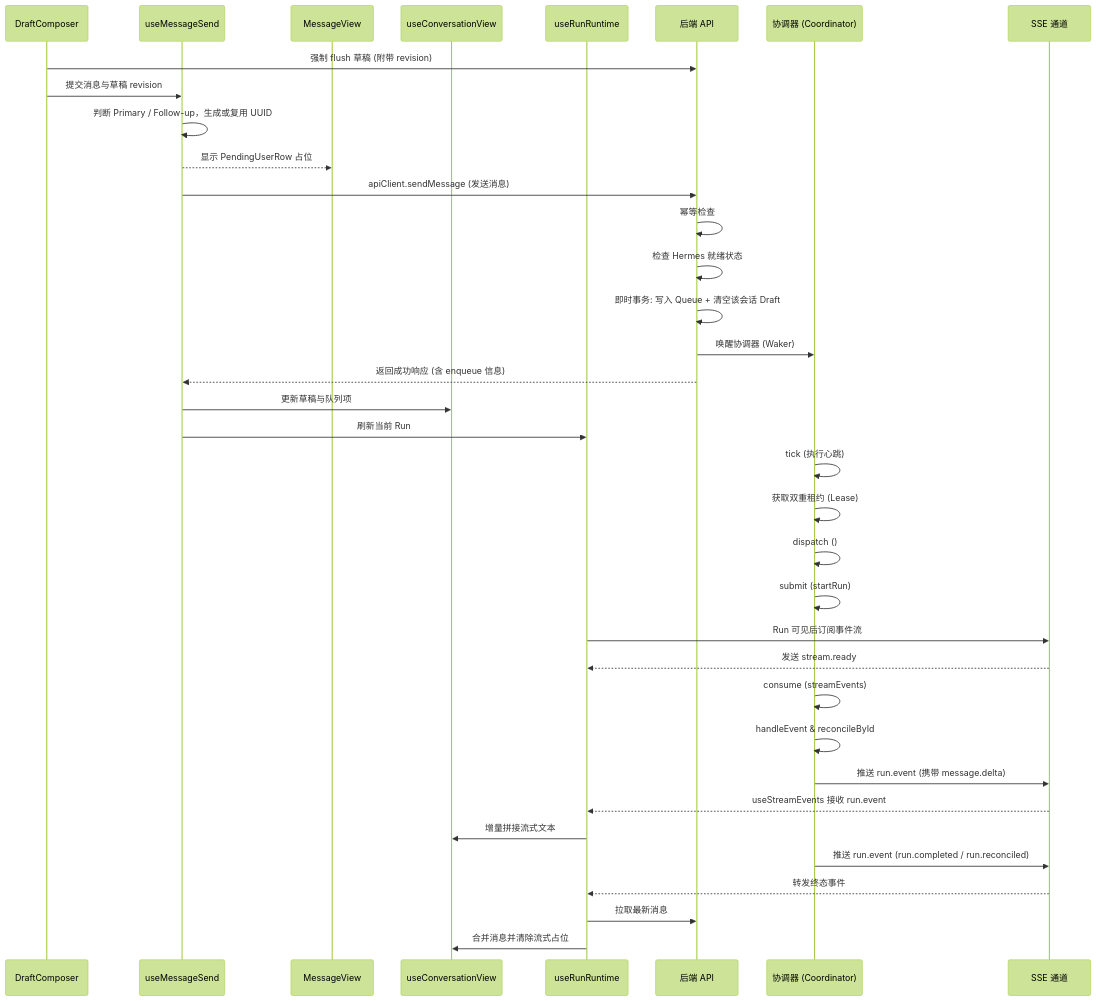
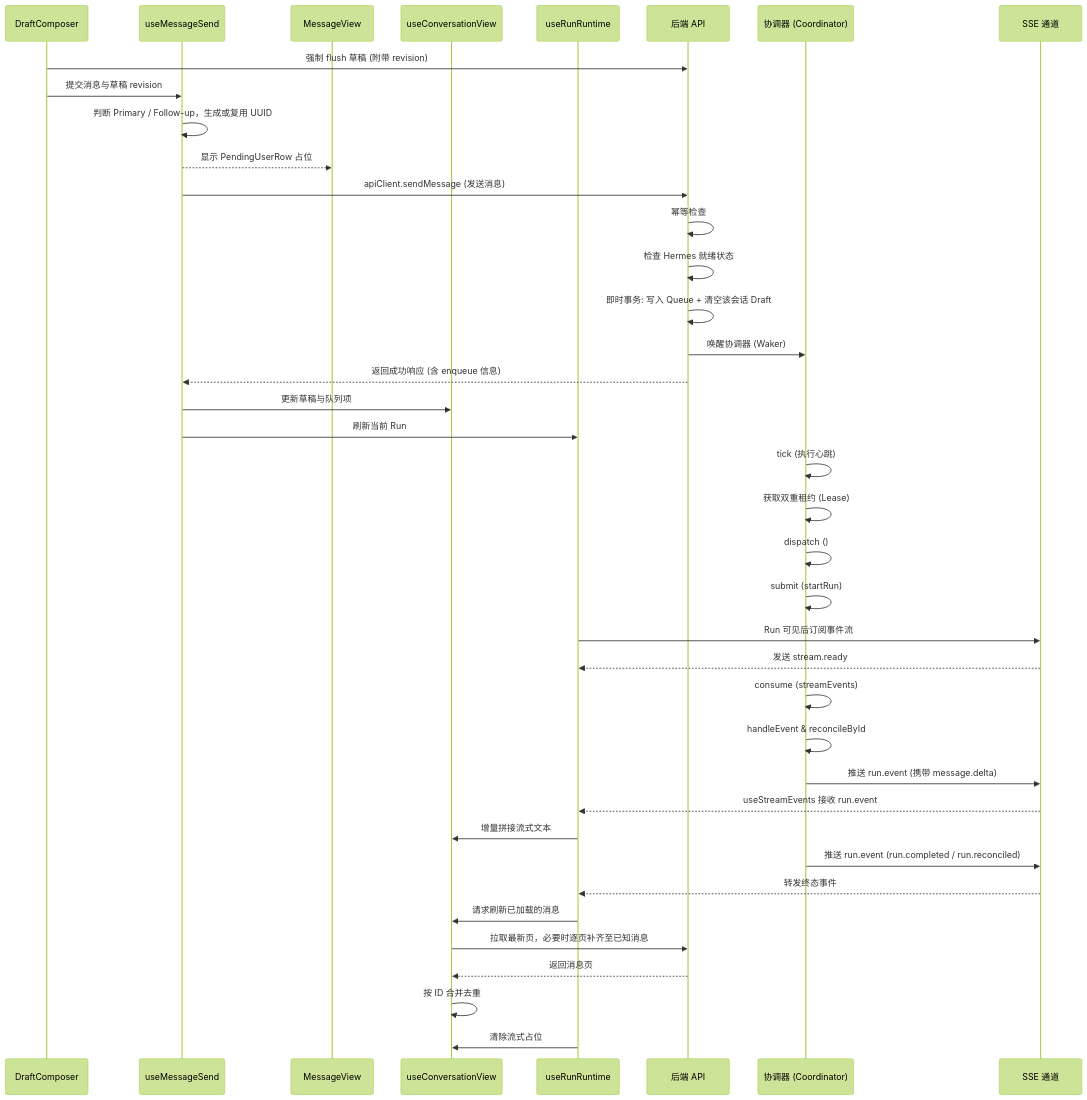
Before and after one commit to ermu03/emu-chat: the first of 7 diagrams in docs/07-data-flow.md, drawn with Mermaid (forest theme). The commit also changed other lines of this file and 9 other files, not shown here.

````diff
--- a/docs/07-data-flow.md
+++ b/docs/07-data-flow.md
@@ -9,42 +9,45 @@
 ```mermaid
 sequenceDiagram
     participant Composer as DraftComposer
     participant Send as useMessageSend
     participant Messages as MessageView
     participant View as useConversationView
     participant Runtime as useRunRuntime
     participant API as 后端 API
     participant Coord as 协调器 (Coordinator)
     participant SSE as SSE 通道
 
     Composer->>API: 强制 flush 草稿 (附带 revision)
     Composer->>Send: 提交消息与草稿 revision
     Send->>Send: 判断 Primary / Follow-up，生成或复用 UUID
     Send-->>Messages: 显示 PendingUserRow 占位
     Send->>API: apiClient.sendMessage (发送消息)
     
     API->>API: 幂等检查
     API->>API: 检查 Hermes 就绪状态
     API->>API: 即时事务: 写入 Queue + 清空该会话 Draft
     API->>Coord: 唤醒协调器 (Waker)
     API-->>Send: 返回成功响应 (含 enqueue 信息)
     Send->>View: 更新草稿与队列项
     Send->>Runtime: 刷新当前 Run
 
     Coord->>Coord: tick (执行心跳)
     Coord->>Coord: 获取双重租约 (Lease)
     Coord->>Coord: dispatch ()
     Coord->>Coord: submit (startRun)
     Runtime->>SSE: Run 可见后订阅事件流
     SSE-->>Runtime: 发送 stream.ready
     Coord->>Coord: consume (streamEvents)
     Coord->>Coord: handleEvent & reconcileById
 
     Coord->>SSE: 推送 run.event (携带 message.delta)
     SSE-->>Runtime: useStreamEvents 接收 run.event
     Runtime->>View: 增量拼接流式文本
     Coord->>SSE: 推送 run.event (run.completed / run.reconciled)
     SSE-->>Runtime: 转发终态事件
-    Runtime->>API: 拉取最新消息
-    Runtime->>View: 合并消息并清除流式占位
+    Runtime->>View: 请求刷新已加载的消息
+    View->>API: 拉取最新页，必要时逐页补齐至已知消息
+    API-->>View: 返回消息页
+    View->>View: 按 ID 合并去重
+    Runtime->>View: 清除流式占位
 ```
````
